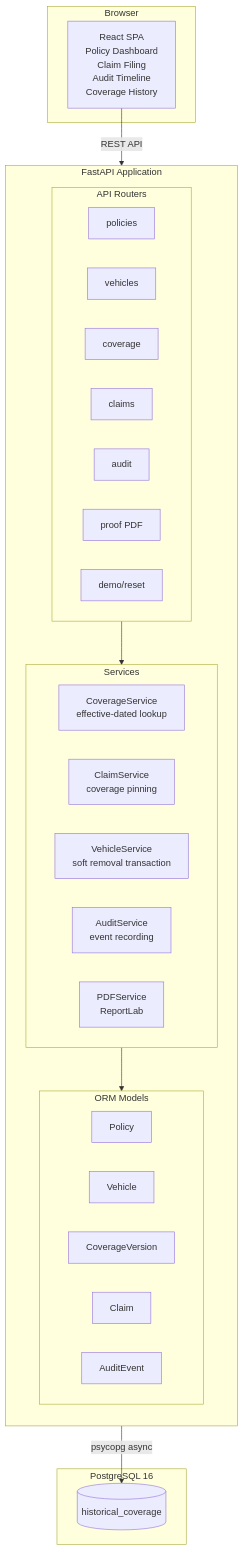
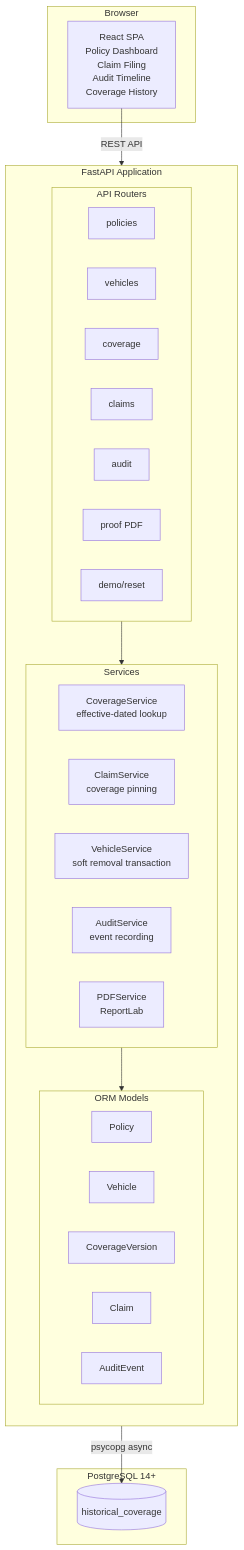
The first of 2 diagrams in docs/03-architecture.md (mansii-28/historical-coverage-explorer), drawn with Mermaid before and after one commit. The commit also changed other lines of this file and 51 other files, not shown here.

````diff
--- a/docs/03-architecture.md
+++ b/docs/03-architecture.md
@@ -52,44 +23,44 @@
 ```mermaid
 flowchart TD
     subgraph Client["Browser"]
         FE["React SPA\nPolicy Dashboard\nClaim Filing\nAudit Timeline\nCoverage History"]
     end
 
     subgraph Backend["FastAPI Application"]
         direction TB
         subgraph Routers["API Routers"]
             R_POL["policies"]
             R_VEH["vehicles"]
             R_COV["coverage"]
             R_CLM["claims"]
             R_AUD["audit"]
             R_PDF["proof PDF"]
             R_DEMO["demo/reset"]
         end
 
         subgraph Services["Services"]
             SVC_COV["CoverageService\neffective-dated lookup"]
             SVC_CLM["ClaimService\ncoverage pinning"]
             SVC_VEH["VehicleService\nsoft removal transaction"]
             SVC_AUD["AuditService\nevent recording"]
             SVC_PDF["PDFService\nReportLab"]
         end
 
         subgraph Models["ORM Models"]
             M_POL["Policy"]
             M_VEH["Vehicle"]
             M_CV["CoverageVersion"]
             M_CLM["Claim"]
             M_AUD["AuditEvent"]
         end
     end
 
-    subgraph Database["PostgreSQL 16"]
+    subgraph Database["PostgreSQL 14+"]
         PG[("historical_coverage")]
     end
 
     FE -- "REST API" --> Routers
     Routers --> Services
     Services --> Models
     Models -- "psycopg async" --> PG
 ```
````
